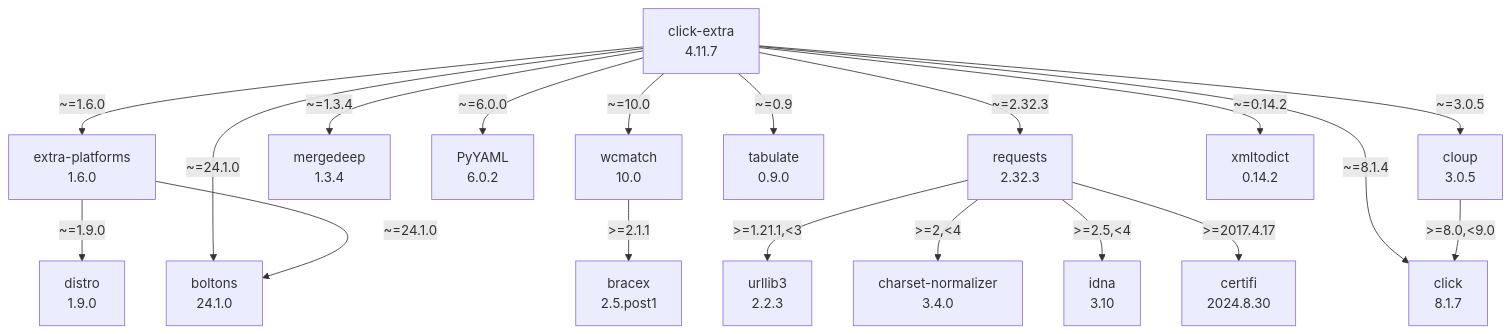
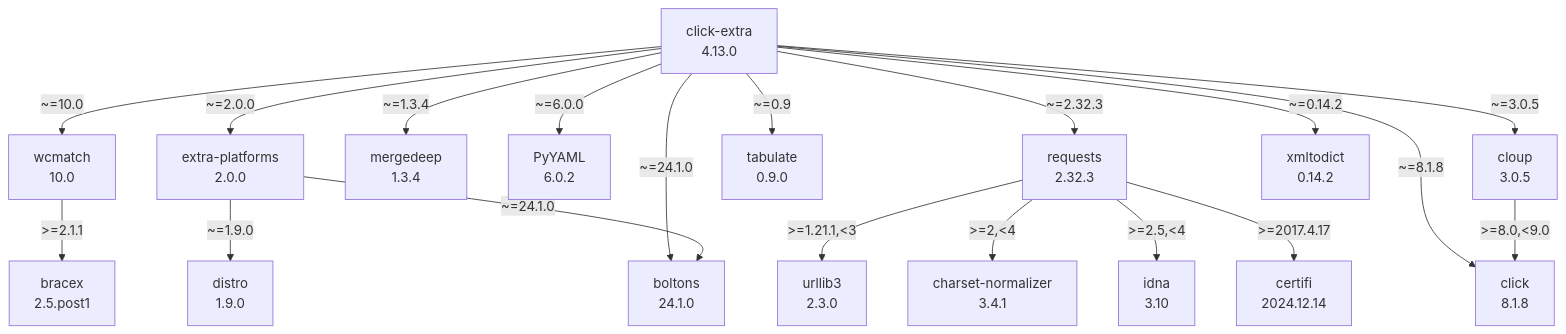
Before and after one commit to kdeldycke/click-extra: the diagram in docs/assets/dependencies.mmd, drawn with Mermaid.

Commit message:
[autofix] Regenerate dependency graph

```diff
--- a/docs/assets/dependencies.mmd
+++ b/docs/assets/dependencies.mmd
@@ -1,37 +1,37 @@
 flowchart TD
     classDef missing stroke-dasharray: 5
     boltons["boltons\n24.1.0"]
     bracex["bracex\n2.5.post1"]
-    certifi["certifi\n2024.8.30"]
-    charset-normalizer["charset-normalizer\n3.4.0"]
-    click-extra["click-extra\n4.11.7"]
-    click_0["click\n8.1.7"]
+    certifi["certifi\n2024.12.14"]
+    charset-normalizer["charset-normalizer\n3.4.1"]
+    click-extra["click-extra\n4.13.0"]
+    click_0["click\n8.1.8"]
     cloup["cloup\n3.0.5"]
     distro["distro\n1.9.0"]
-    extra-platforms["extra-platforms\n1.6.0"]
+    extra-platforms["extra-platforms\n2.0.0"]
     idna["idna\n3.10"]
     mergedeep["mergedeep\n1.3.4"]
     pyyaml["PyYAML\n6.0.2"]
     requests["requests\n2.32.3"]
     tabulate["tabulate\n0.9.0"]
-    urllib3["urllib3\n2.2.3"]
+    urllib3["urllib3\n2.3.0"]
     wcmatch["wcmatch\n10.0"]
     xmltodict["xmltodict\n0.14.2"]
     click-extra -- "~=0.14.2" --> xmltodict
     click-extra -- "~=0.9" --> tabulate
     click-extra -- "~=1.3.4" --> mergedeep
-    click-extra -- "~=1.6.0" --> extra-platforms
     click-extra -- "~=10.0" --> wcmatch
+    click-extra -- "~=2.0.0" --> extra-platforms
     click-extra -- "~=2.32.3" --> requests
     click-extra -- "~=24.1.0" --> boltons
     click-extra -- "~=3.0.5" --> cloup
     click-extra -- "~=6.0.0" --> pyyaml
-    click-extra -- "~=8.1.4" --> click_0
+    click-extra -- "~=8.1.8" --> click_0
     cloup -- ">=8.0,<9.0" --> click_0
     extra-platforms -- "~=1.9.0" --> distro
     extra-platforms -- "~=24.1.0" --> boltons
     requests -- ">=1.21.1,<3" --> urllib3
     requests -- ">=2,<4" --> charset-normalizer
     requests -- ">=2.5,<4" --> idna
     requests -- ">=2017.4.17" --> certifi
     wcmatch -- ">=2.1.1" --> bracex
```
